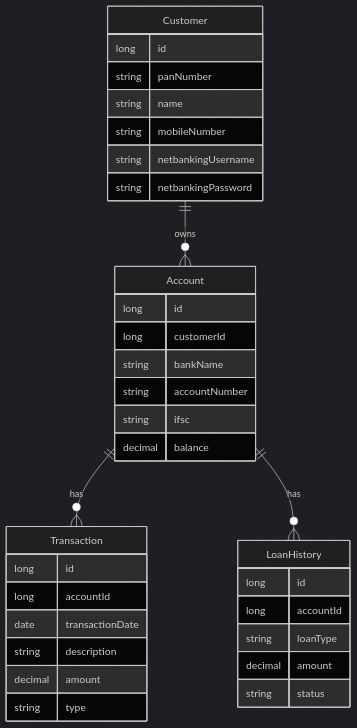
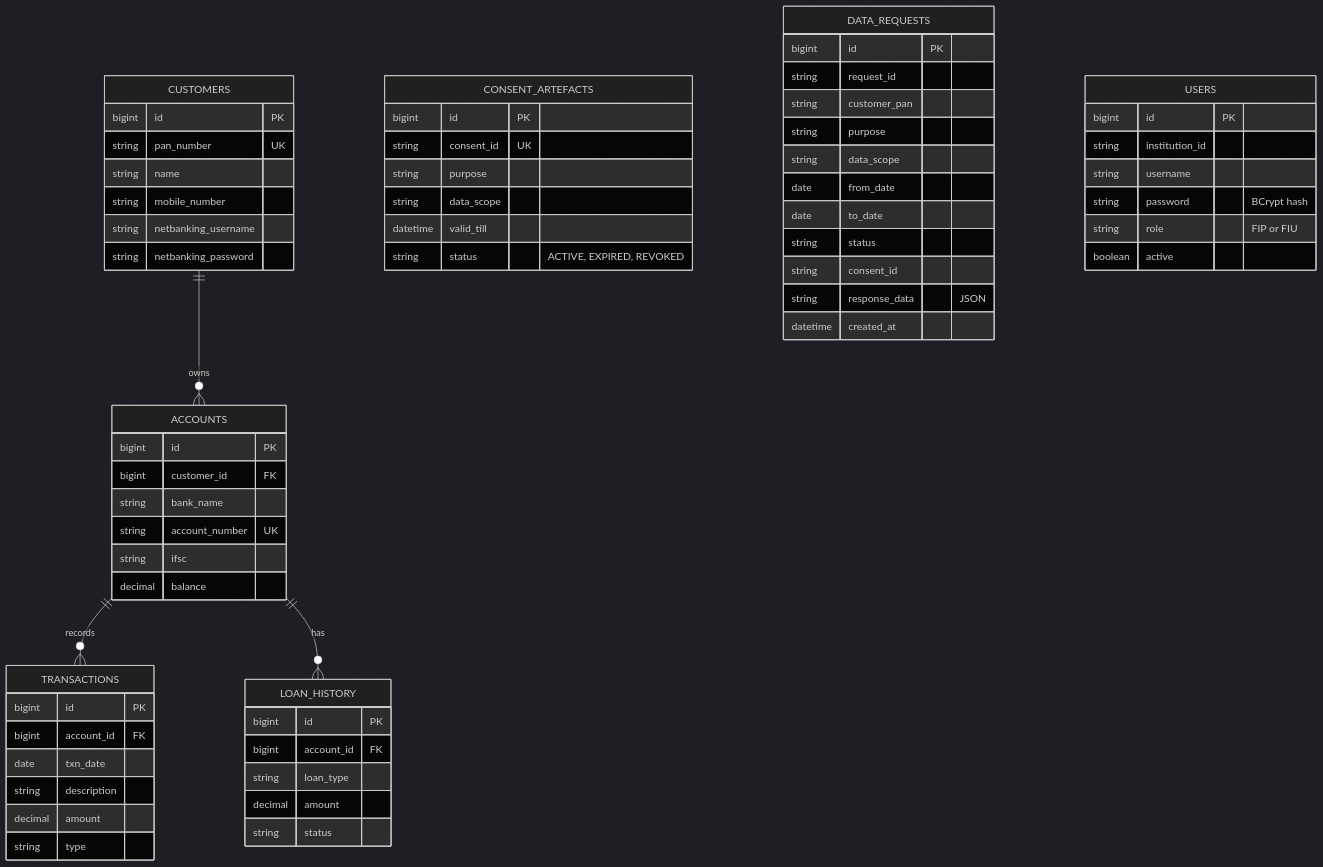
Before and after one commit to sakshi048/consent-chain: diagram 11 of 13 in README.md, drawn with Mermaid (dark theme). The commit also changed other lines of this file, not shown here.

````diff
--- a/README.md
+++ b/README.md
@@ -370,38 +464,67 @@
 ```mermaid
 erDiagram
-    Customer {
-        long id
-        string panNumber
+    CUSTOMERS ||--o{ ACCOUNTS : "owns"
+    ACCOUNTS ||--o{ TRANSACTIONS : "records"
+    ACCOUNTS ||--o{ LOAN_HISTORY : "has"
+
+    CUSTOMERS {
+        bigint id PK
+        string pan_number UK
         string name
-        string mobileNumber
-        string netbankingUsername
-        string netbankingPassword
+        string mobile_number
+        string netbanking_username
+        string netbanking_password
     }
-    Account {
-        long id
-        long customerId
-        string bankName
-        string accountNumber
+    ACCOUNTS {
+        bigint id PK
+        bigint customer_id FK
+        string bank_name
+        string account_number UK
         string ifsc
         decimal balance
     }
-    Transaction {
-        long id
-        long accountId
-        date transactionDate
+    TRANSACTIONS {
+        bigint id PK
+        bigint account_id FK
+        date txn_date
         string description
         decimal amount
         string type
     }
-    LoanHistory {
-        long id
-        long accountId
-        string loanType
+    LOAN_HISTORY {
+        bigint id PK
+        bigint account_id FK
+        string loan_type
         decimal amount
         string status
     }
-
-    Customer ||--o{ Account : owns
-    Account ||--o{ Transaction : has
-    Account ||--o{ LoanHistory : has
+    CONSENT_ARTEFACTS {
+        bigint id PK
+        string consent_id UK
+        string purpose
+        string data_scope
+        datetime valid_till
+        string status "ACTIVE, EXPIRED, REVOKED"
+    }
+    DATA_REQUESTS {
+        bigint id PK
+        string request_id
+        string customer_pan
+        string purpose
+        string data_scope
+        date from_date
+        date to_date
+        string status
+        string consent_id
+        string response_data "JSON"
+        datetime created_at
+    }
+    USERS {
+        bigint id PK
+        string institution_id
+        string username
+        string password "BCrypt hash"
+        string role "FIP or FIU"
+        boolean active
+    }
 ```
````
